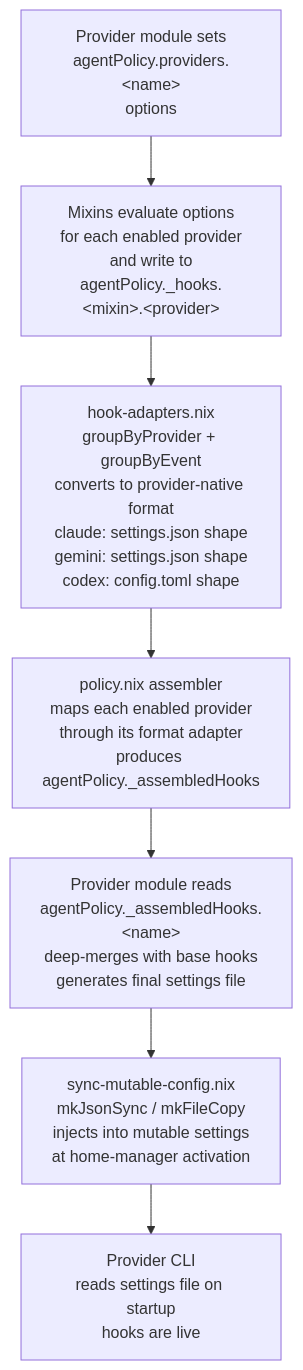
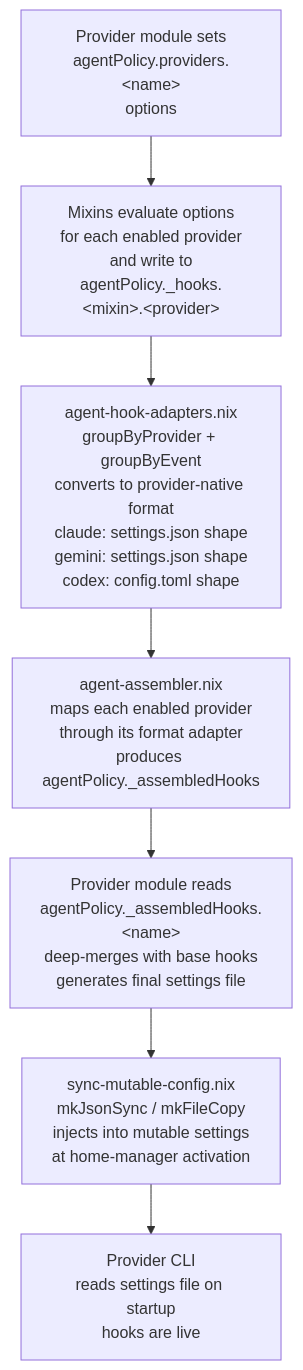
One commit to vanillacake369/tonys-nix changed the diagram in docs/architecture/agent-policy-contract.md. Above: the diagram before and after it, drawn with Mermaid. The commit also changed other lines of this file and 14 other files, not shown here.

````diff
--- a/docs/architecture/agent-policy-contract.md
+++ b/docs/architecture/agent-policy-contract.md
@@ -135,23 +135,23 @@
 ```mermaid
 flowchart TD
     A["Provider module sets\nagentPolicy.providers.&lt;name&gt;\noptions"]
 
     B["Mixins evaluate options\nfor each enabled provider\nand write to\nagentPolicy._hooks.&lt;mixin&gt;.&lt;provider&gt;"]
 
-    C["hook-adapters.nix\ngroupByProvider + groupByEvent\nconverts to provider-native format\nclaude: settings.json shape\ngemini: settings.json shape\ncodex: config.toml shape"]
+    C["agent-hook-adapters.nix\ngroupByProvider + groupByEvent\nconverts to provider-native format\nclaude: settings.json shape\ngemini: settings.json shape\ncodex: config.toml shape"]
 
-    D["policy.nix assembler\nmaps each enabled provider\nthrough its format adapter\nproduces agentPolicy._assembledHooks"]
+    D["agent-assembler.nix\nmaps each enabled provider\nthrough its format adapter\nproduces agentPolicy._assembledHooks"]
 
     E["Provider module reads\nagentPolicy._assembledHooks.&lt;name&gt;\ndeep-merges with base hooks\ngenerates final settings file"]
 
     F["sync-mutable-config.nix\nmkJsonSync / mkFileCopy\ninjects into mutable settings\nat home-manager activation"]
 
     G["Provider CLI\nreads settings file on startup\nhooks are live"]
 
     A --> B
     B --> C
     C --> D
     D --> E
     E --> F
     F --> G
 ```
````
